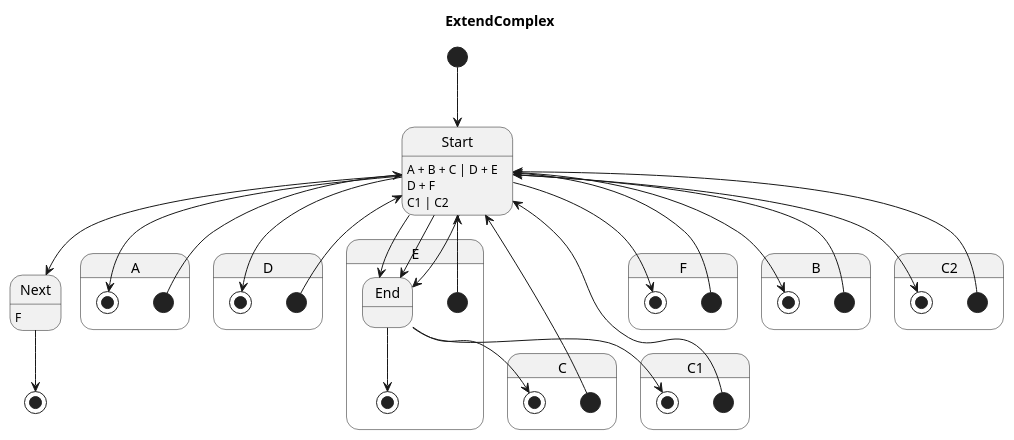
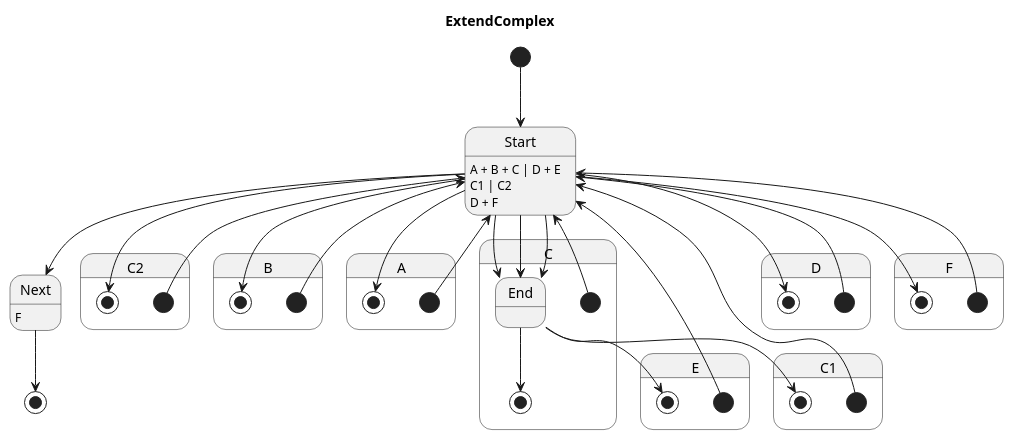
The diagram in examples/generated/plantuml/extend_complex.puml (Pastor/Takt), drawn with PlantUML before and after one commit. The commit also changed other lines of this file and 21 other files, not shown here.

```diff
--- a/examples/generated/plantuml/extend_complex.puml
+++ b/examples/generated/plantuml/extend_complex.puml
@@ -1,55 +1,55 @@
 @startuml
 title ExtendComplex
 
 [*] --> Start
 Start : A + B + C | D + E
 Start --> Next
 Next : F
 Next --> [*]
 
-state A {
+state C2 {
     [*] --> Start
     Start --> [*]
 }
 
-state D {
+state B {
     [*] --> Start
     Start --> [*]
 }
 
-state E {
-    [*] --> Start
-    End --> [*]
-    Start : D + F
-    Start --> End
-}
-
-state F {
+state A {
     [*] --> Start
     Start --> [*]
 }
 
 state C {
     [*] --> Start
     End --> [*]
     Start : C1 | C2
     Start --> End
 }
 
-state B {
+state E {
+    [*] --> Start
+    Start : D + F
+    Start --> End
+    End --> [*]
+}
+
+state D {
     [*] --> Start
     Start --> [*]
 }
 
-state C2 {
+state F {
     [*] --> Start
     Start --> [*]
 }
 
 state C1 {
     [*] --> Start
+    End --> [*]
     Start --> End
-    End --> [*]
 }
 
 @enduml
```
